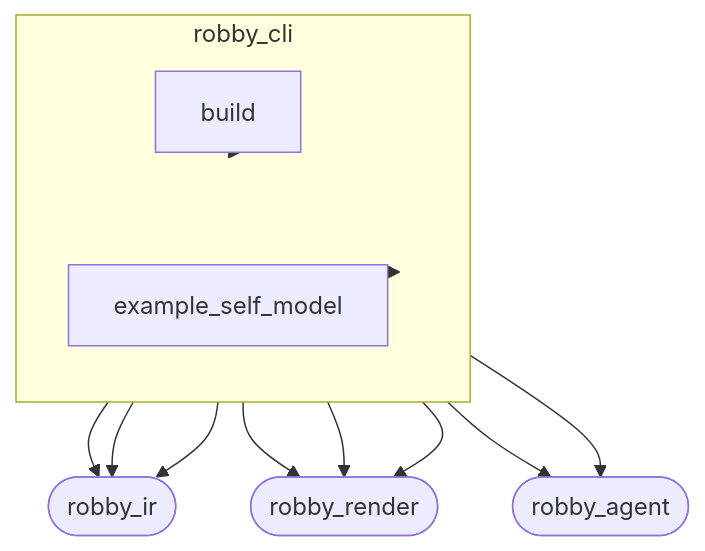
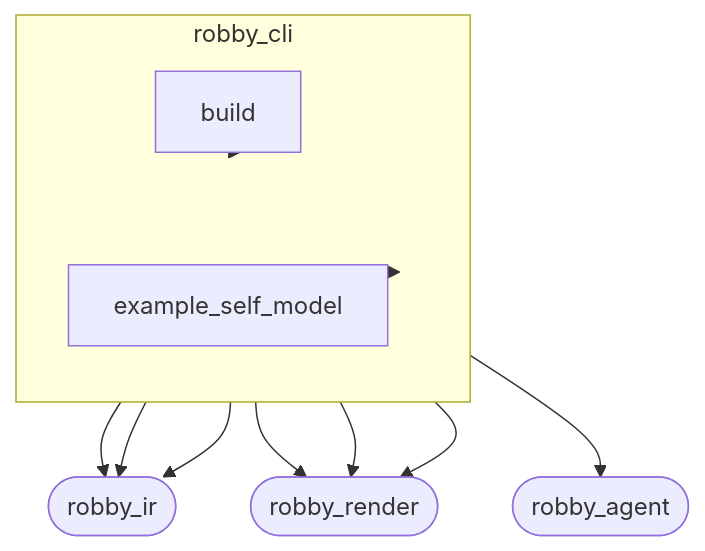
One commit to RyanGuild/self-describing-code changed the third of 4 diagrams in docs/self-model/robby_cli/index.md. Above: the diagram before and after it, drawn with Mermaid. The commit also changed other lines of this file and 747 other files, not shown here.

````diff
--- a/docs/self-model/robby_cli/index.md
+++ b/docs/self-model/robby_cli/index.md
@@ -58,21 +58,20 @@
 ```mermaid
 flowchart TB
     subgraph n_a331a60ee1568354["robby_cli"]
         direction TB
         n_874b29800ed524d0["build"]
         n_c58f68f7fc449f63["example_self_model"]
     end
     n_f3e9f97d91a4f4af(["robby_agent"])
     n_356bf2c23da68961(["robby_ir"])
     n_9c636b098ca4450e(["robby_render"])
     n_874b29800ed524d0 --> n_356bf2c23da68961
     n_874b29800ed524d0 --> n_9c636b098ca4450e
     n_874b29800ed524d0 --> n_a331a60ee1568354
     n_a331a60ee1568354 --> n_356bf2c23da68961
     n_a331a60ee1568354 --> n_9c636b098ca4450e
     n_a331a60ee1568354 --> n_f3e9f97d91a4f4af
     n_c58f68f7fc449f63 --> n_356bf2c23da68961
     n_c58f68f7fc449f63 --> n_9c636b098ca4450e
     n_c58f68f7fc449f63 --> n_a331a60ee1568354
-    n_c58f68f7fc449f63 --> n_f3e9f97d91a4f4af
 ```
````
